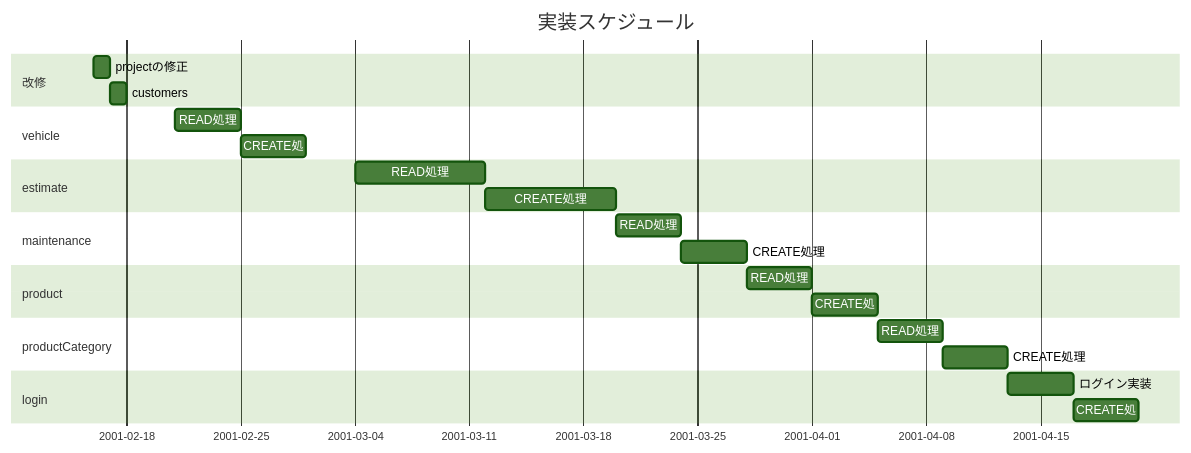
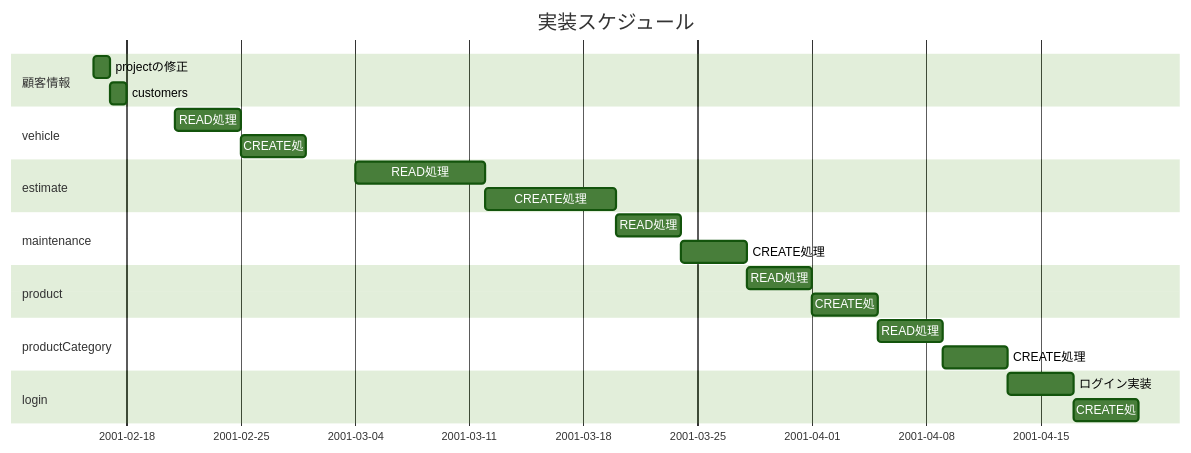
One commit to u-1pena/vehicle_estimate changed the third of 3 diagrams in README.md. Above: the diagram before and after it, drawn with Mermaid. The commit also changed other lines of this file and 13 other files, not shown here.

````diff
--- a/README.md
+++ b/README.md
@@ -210,34 +231,34 @@
 ```mermaid
 ---
 config:
   theme: forest
 ---
 
 gantt
     title 実装スケジュール
     dateFormat YYYY-MM-DD
     excludes 02-18,02-20
 
-    section 改修
+    section 顧客情報
         projectの修正: a2, 02-16, 24h
         customers: after a2, 1d
     section vehicle
         READ処理: c1, 02-21, 4d
         CREATE処: after c1, 4d
     section estimate
         READ処理: d1, 03-04, 8d
         CREATE処理: after d1, 8d
     section maintenance
         READ処理: f1, 03-20, 4d
         CREATE処理: after f1, 4d
     section product
         READ処理: h1, 03-28, 4d
         CREATE処: after h1, 4d
     section productCategory
         READ処理: i1, 04-05, 4d
         CREATE処理: after i1, 4d
     section login
         ログイン実装: e1, 04-13, 4d
         CREATE処: after e1, 4d
 
 ```
````
